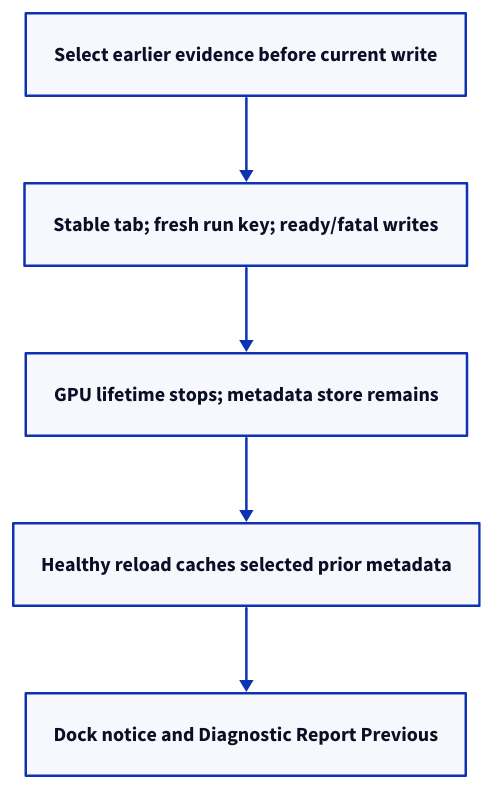
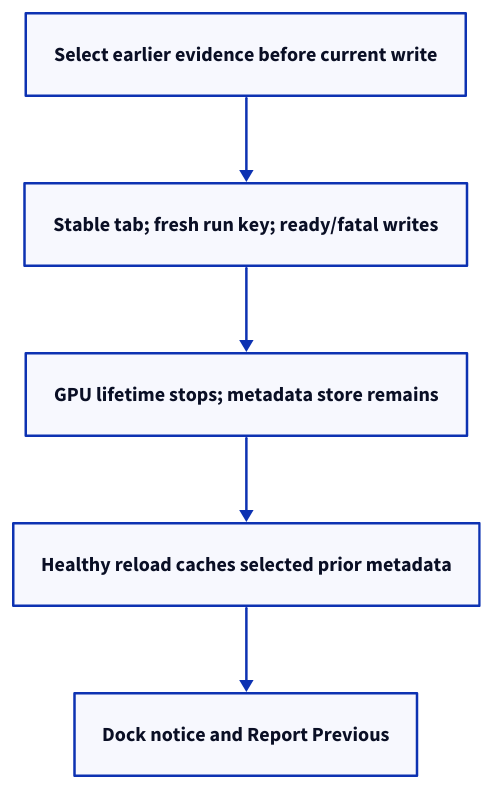
One commit to petrasvestartas/session changed the diagram in session_viewer/docs/diagrams/journey-34fb.d2. Above: the diagram before and after it, drawn with D2. The commit also changed 246 other files, not shown here.

```diff
--- a/session_viewer/docs/diagrams/journey-34fb.d2
+++ b/session_viewer/docs/diagrams/journey-34fb.d2
@@ -1,9 +1,9 @@
 vars: { d2-config: { layout-engine: elk; pad: 20; theme-id: 0 } }
 style: { fill: "#ffffff" }
 direction: down
 prior: "Select earlier evidence before current write"
 current: "Stable tab; fresh run key; ready/fatal writes"
 gpu: "GPU lifetime stops; metadata store remains"
 reload: "Healthy reload caches selected prior metadata"
-command: "Dock notice and Diagnostic Report Previous"
+command: "Dock notice and Report Previous"
 prior -> current -> gpu -> reload -> command
```
